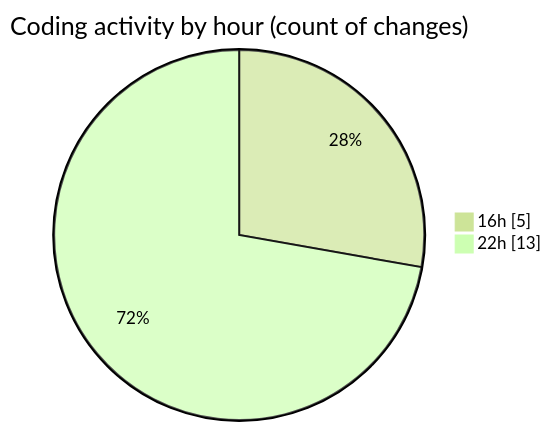
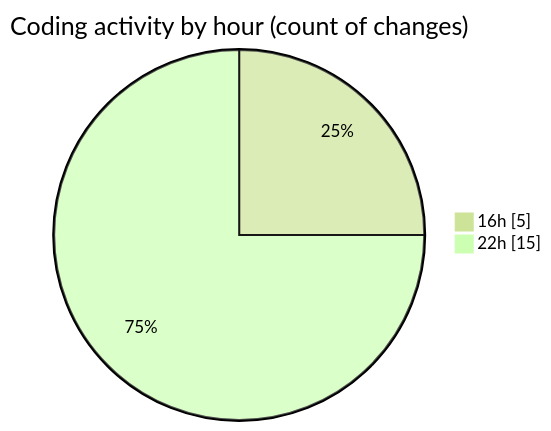
Before and after one commit to robertbonfada/code-tracking: the second of 2 diagrams in 2025-03-18/peregrino-web/README.md, drawn with Mermaid (forest theme). The commit also changed other lines of this file and 1 other file, not shown here.

````diff
--- a/2025-03-18/peregrino-web/README.md
+++ b/2025-03-18/peregrino-web/README.md
@@ -33,6 +34,6 @@
 ```mermaid
 pie showData
 title Coding activity by hour (count of changes)
 "16h" : 5
-"22h" : 13
+"22h" : 15
 ```
````
